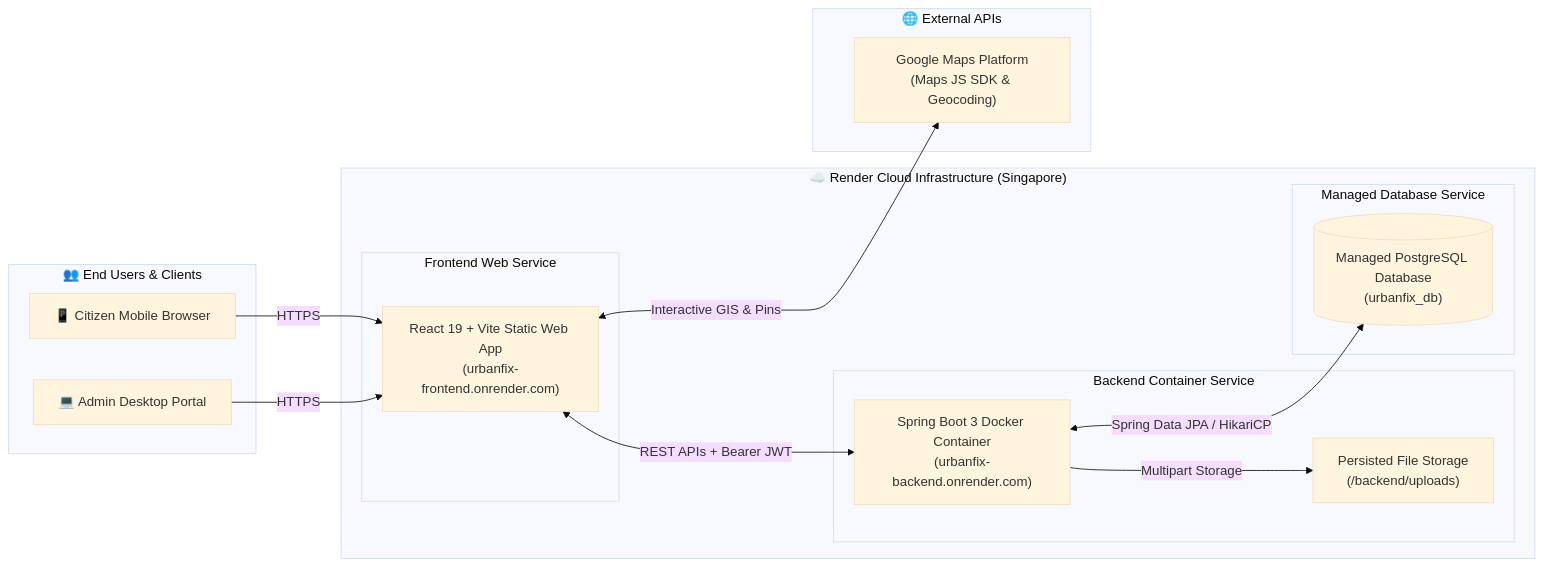
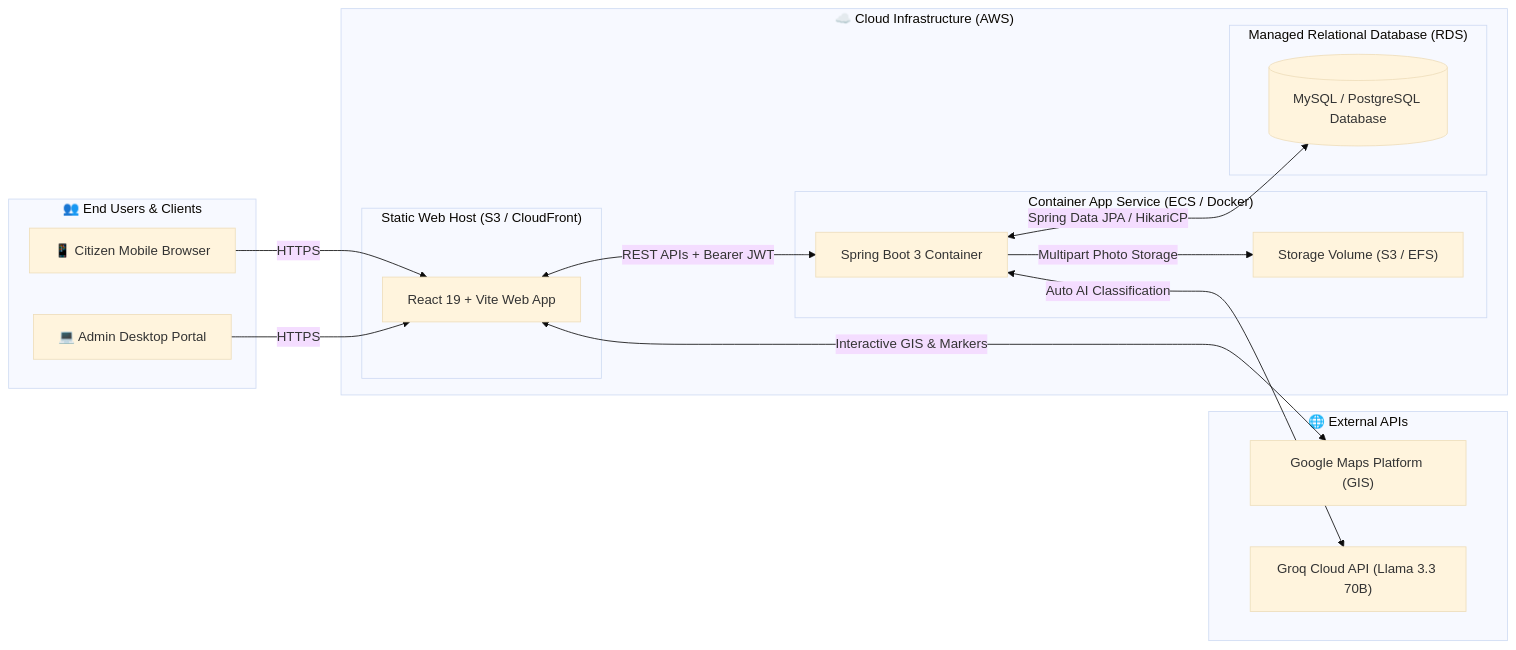
The fourth of 4 diagrams in README.md (SHIBAM-GHOSH/UrbanFix), drawn with Mermaid (base theme) before and after one commit. The commit also changed other lines of this file and 1 other file, not shown here.

````diff
--- a/README.md
+++ b/README.md
@@ -226,33 +226,35 @@
 ```mermaid
 flowchart LR
     subgraph Clients ["👥 End Users & Clients"]
         CitizenDev["📱 Citizen Mobile Browser"]
         AdminDev["💻 Admin Desktop Portal"]
     end
 
-    subgraph RenderCloud ["☁️ Render Cloud Infrastructure (Singapore)"]
-        subgraph FrontendApp ["Frontend Web Service"]
-            StaticSite["React 19 + Vite Static Web App\n(urbanfix-frontend.onrender.com)"]
+    subgraph AWSCloud ["☁️ Cloud Infrastructure (AWS)"]
+        subgraph FrontendApp ["Static Web Host (S3 / CloudFront)"]
+            StaticSite["React 19 + Vite Web App"]
         end
 
-        subgraph BackendApp ["Backend Container Service"]
-            DockerApp["Spring Boot 3 Docker Container\n(urbanfix-backend.onrender.com)"]
-            UploadStore["Persisted File Storage\n(/backend/uploads)"]
+        subgraph BackendApp ["Container App Service (ECS / Docker)"]
+            DockerApp["Spring Boot 3 Container"]
+            UploadStore["Storage Volume (S3 / EFS)"]
         end
 
-        subgraph DatabaseService ["Managed Database Service"]
-            PostgreDB[("Managed PostgreSQL Database\n(urbanfix_db)")]
+        subgraph DatabaseService ["Managed Relational Database (RDS)"]
+            RelationalDB[("MySQL / PostgreSQL Database")]
         end
     end
 
     subgraph ExternalAPIs ["🌐 External APIs"]
-        GoogleMapsAPI["Google Maps Platform\n(Maps JS SDK & Geocoding)"]
+        GoogleMapsAPI["Google Maps Platform (GIS)"]
+        GroqAIAPI["Groq Cloud API (Llama 3.3 70B)"]
     end
 
     CitizenDev -->|"HTTPS"| StaticSite
     AdminDev -->|"HTTPS"| StaticSite
     StaticSite <-->|"REST APIs + Bearer JWT"| DockerApp
-    StaticSite <-->|"Interactive GIS & Pins"| GoogleMapsAPI
-    DockerApp -->|"Multipart Storage"| UploadStore
-    DockerApp <-->|"Spring Data JPA / HikariCP"| PostgreDB
+    StaticSite <-->|"Interactive GIS & Markers"| GoogleMapsAPI
+    DockerApp <-->|"Auto AI Classification"| GroqAIAPI
+    DockerApp -->|"Multipart Photo Storage"| UploadStore
+    DockerApp <-->|"Spring Data JPA / HikariCP"| RelationalDB
 ```
````
